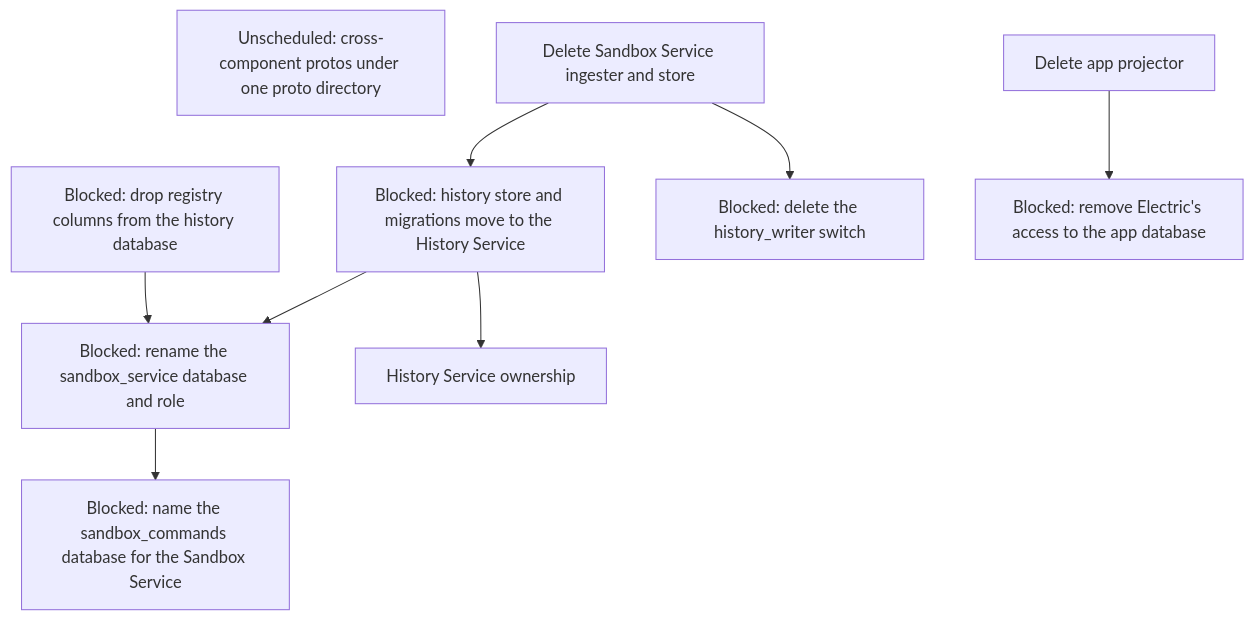
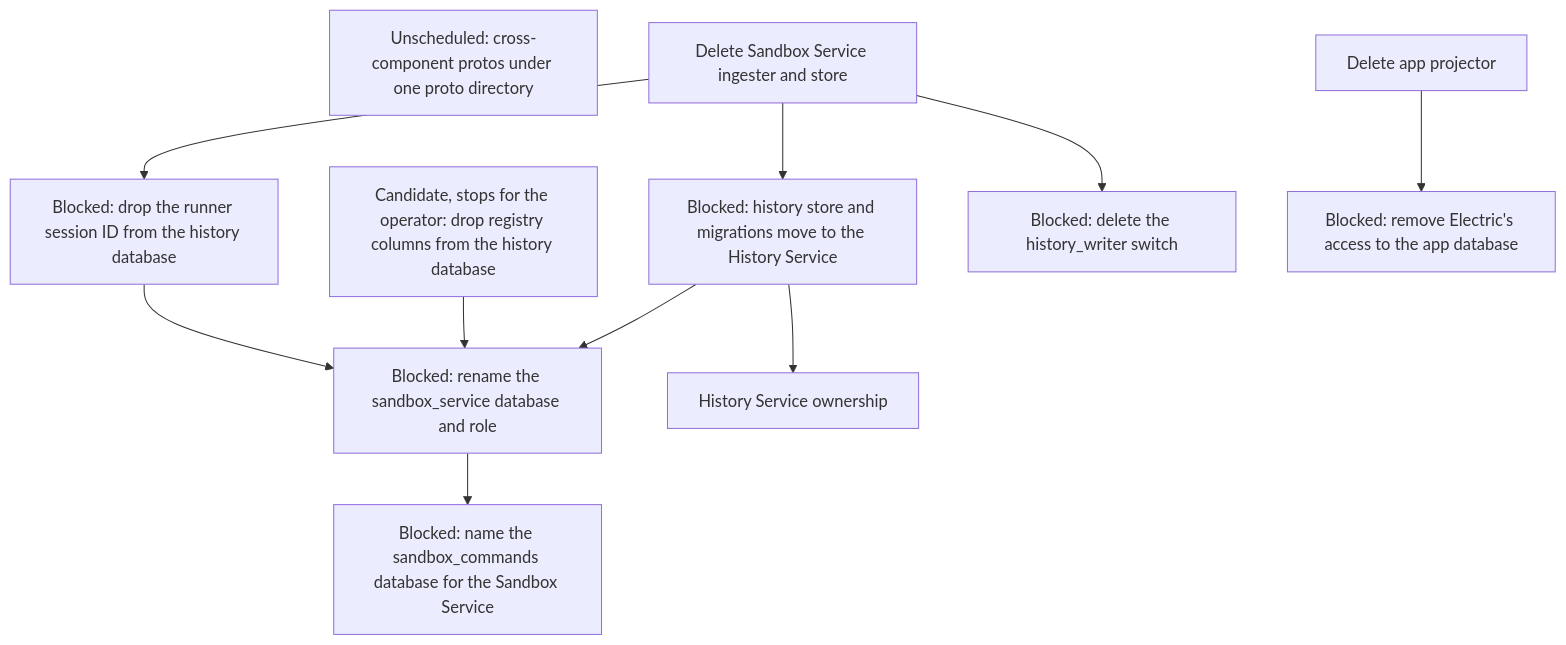
The tenth of 11 diagrams in agentplane/plans/task_dag.md (agentydragon-agent/ducktape), drawn with Mermaid before and after one commit. The commit also changed other lines of this file and 1 other file, not shown here.

````diff
--- a/agentplane/plans/task_dag.md
+++ b/agentplane/plans/task_dag.md
@@ -780,20 +780,23 @@
 ```mermaid
 flowchart TD
-    HISTORY_SESSION_COLUMNS_DROP[Blocked: drop registry columns from the history database]
+    HISTORY_SESSION_COLUMNS_DROP[Candidate, stops for the operator: drop registry columns from the history database]
+    HISTORY_RUNNER_SESSION_ID_DROP[Blocked: drop the runner session ID from the history database]
     HISTORY_STORE_MOVE[Blocked: history store and migrations move to the History Service]
     HISTORY_WRITER_SWITCH_RETIRE[Blocked: delete the history_writer switch]
     HISTORY_DATABASE_RENAME[Blocked: rename the sandbox_service database and role]
     SANDBOX_DATABASE_RENAME[Blocked: name the sandbox_commands database for the Sandbox Service]
     APP_ELECTRIC_RETIRE[Blocked: remove Electric's access to the app database]
     PROTO_DIRECTORY[Unscheduled: cross-component protos under one proto directory]
     SANDBOX_LOCAL_HISTORY_RETIRE[Delete Sandbox Service ingester and store]
     APP_PROJECTOR_RETIRE[Delete app projector]
     HISTORY_SERVICE_OWNERSHIP[History Service ownership]
     SANDBOX_LOCAL_HISTORY_RETIRE --> HISTORY_STORE_MOVE
     SANDBOX_LOCAL_HISTORY_RETIRE --> HISTORY_WRITER_SWITCH_RETIRE
     HISTORY_STORE_MOVE --> HISTORY_SERVICE_OWNERSHIP
     HISTORY_STORE_MOVE --> HISTORY_DATABASE_RENAME
     HISTORY_SESSION_COLUMNS_DROP --> HISTORY_DATABASE_RENAME
+    SANDBOX_LOCAL_HISTORY_RETIRE --> HISTORY_RUNNER_SESSION_ID_DROP
+    HISTORY_RUNNER_SESSION_ID_DROP --> HISTORY_DATABASE_RENAME
     HISTORY_DATABASE_RENAME --> SANDBOX_DATABASE_RENAME
     APP_PROJECTOR_RETIRE --> APP_ELECTRIC_RETIRE
 ```
````
